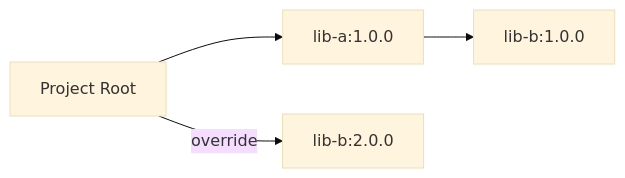
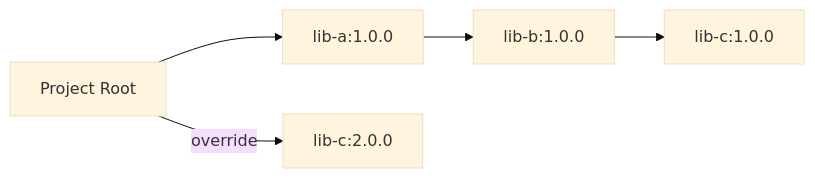
One commit to JavaDependencyHell/fieldguide changed the diagram in demos/sbt-demo/scenario-6-forcing/guide.qmd. Above: the diagram before and after it, drawn with Mermaid (base theme). The commit also changed other lines of this file and 101 other files, not shown here.

````diff
--- a/demos/sbt-demo/scenario-6-forcing/guide.qmd
+++ b/demos/sbt-demo/scenario-6-forcing/guide.qmd
@@ -10,7 +19,8 @@
 ```{mermaid}
 %%| fig-width: 4.4
 graph LR
     Root[Project Root] --> LibA[lib-a:1.0.0]
     LibA --> LibB[lib-b:1.0.0]
-    Root -- override --> LibB_Forced[lib-b:2.0.0]
+    LibB --> LibC[lib-c:1.0.0]
+    Root -- override --> LibC_Forced[lib-c:2.0.0]
 ```
````
